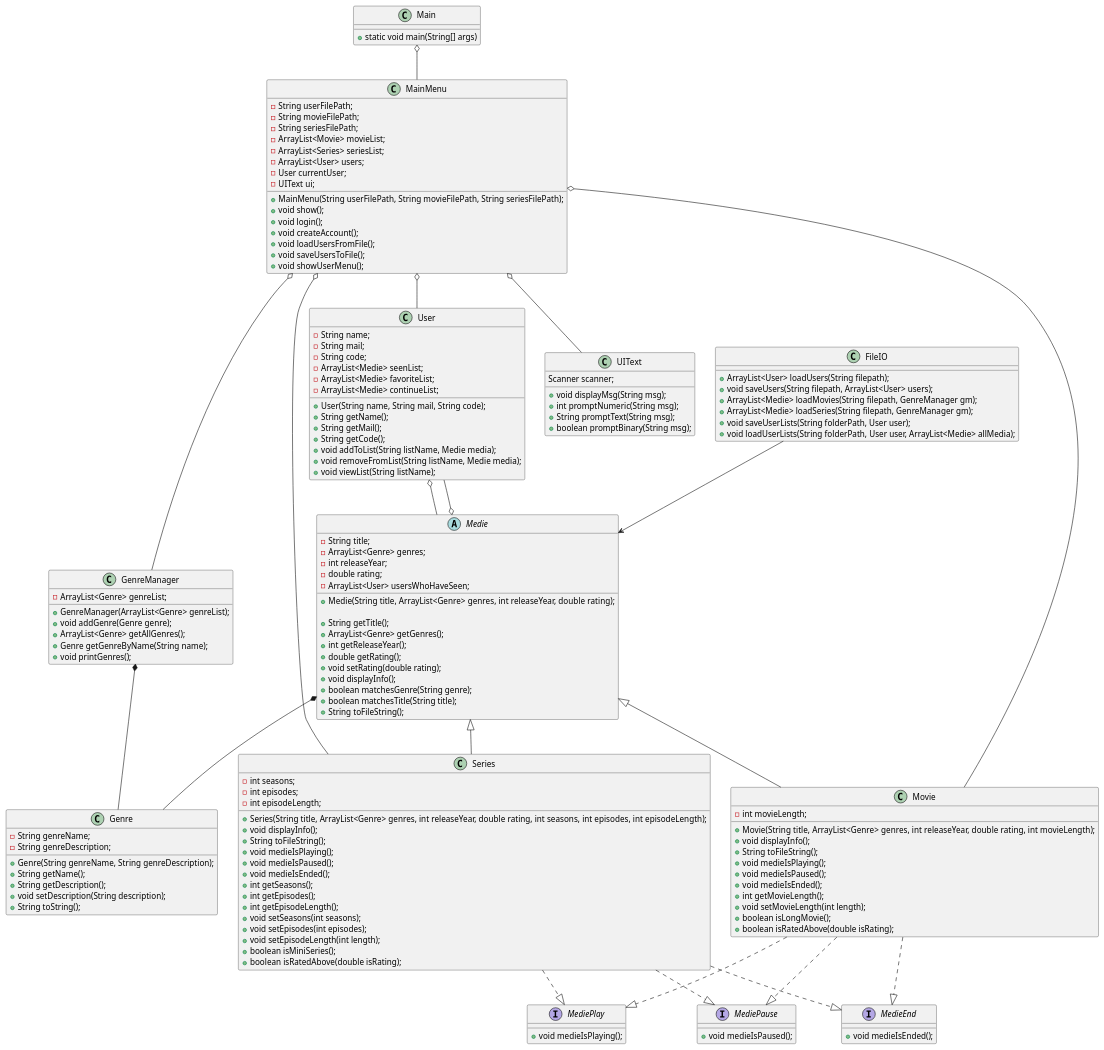
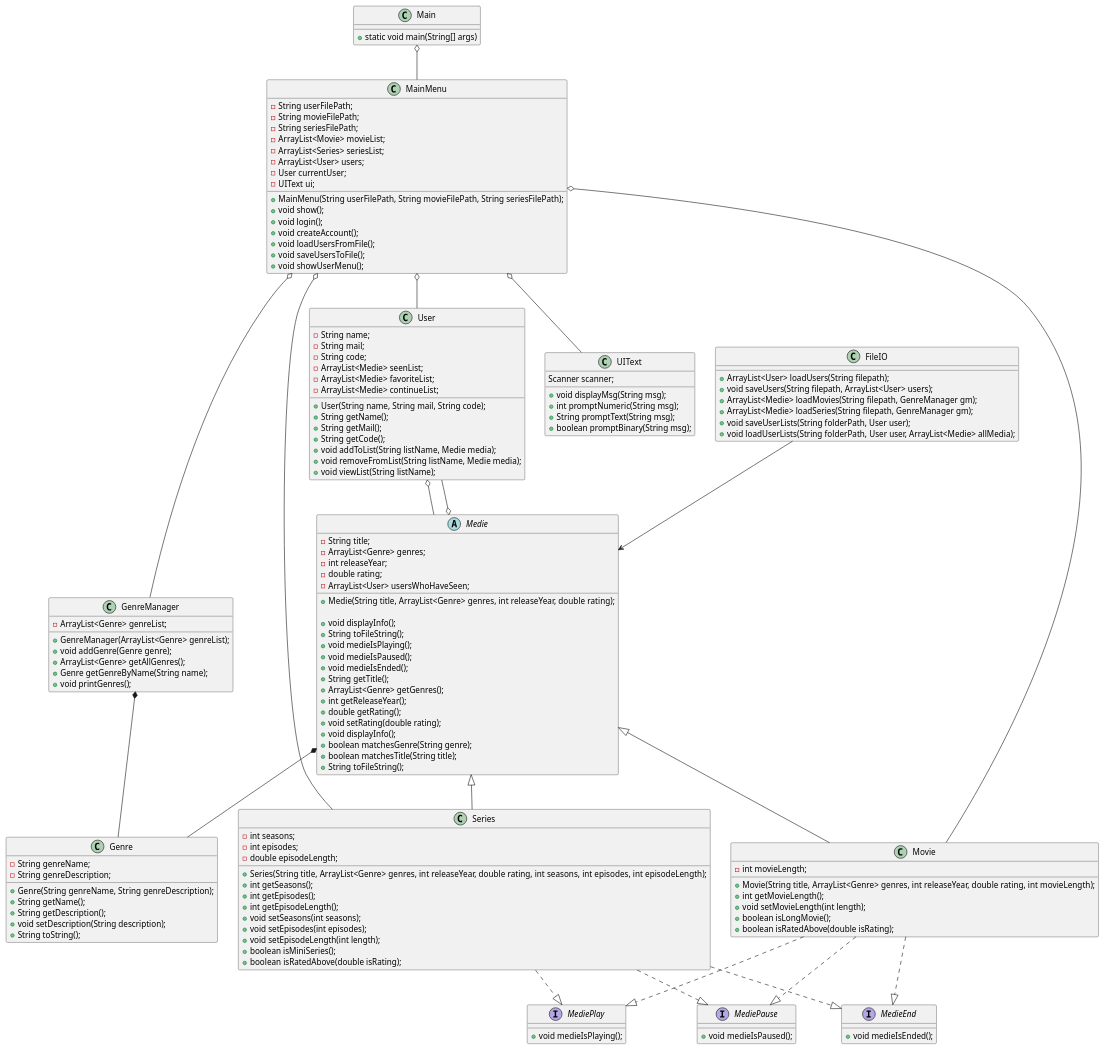
One commit to KhattabE/SP3 changed the diagram in doc/classdiagram_v1.puml. Above: the diagram before and after it, drawn with PlantUML. The commit also changed 2 other files, not shown here.

Commit message:
Created the series class, updated the uml diagram and changed a few things in media class

```diff
--- a/doc/classdiagram_v1.puml
+++ b/doc/classdiagram_v1.puml
@@ -1,177 +1,172 @@
 @startuml
 'https://plantuml.com/class-diagram
 
 class Main{
     +static void main(String[] args)
 }
 
 
 
 class MainMenu {
     -String userFilePath;
     -String movieFilePath;
     -String seriesFilePath;
     + MainMenu(String userFilePath, String movieFilePath, String seriesFilePath);
     -ArrayList<Movie> movieList;
     -ArrayList<Series> seriesList;
     -ArrayList<User> users;
     -User currentUser;
     -UIText ui;
 
     +void show();
     +void login();
     +void createAccount();
     +void loadUsersFromFile();
     +void saveUsersToFile();
     +void showUserMenu();
 }
 
 class UIText {
         Scanner scanner;
         +void displayMsg(String msg);
         +int promptNumeric(String msg);
         +String promptText(String msg);
         +boolean promptBinary(String msg);
 }
 
 class FileIO {
     +ArrayList<User> loadUsers(String filepath);
     +void saveUsers(String filepath, ArrayList<User> users);
     +ArrayList<Medie> loadMovies(String filepath, GenreManager gm);
     +ArrayList<Medie> loadSeries(String filepath, GenreManager gm);
     +void saveUserLists(String folderPath, User user);
     +void loadUserLists(String folderPath, User user, ArrayList<Medie> allMedia);
 }
 
 interface MediePlay {
     +void medieIsPlaying();
 }
 
 interface MediePause {
     +void medieIsPaused();
 }
 
 interface MedieEnd {
     +void medieIsEnded();
 }
 
 abstract class Medie {
     -String title;
     -ArrayList<Genre> genres;
     -int releaseYear;
     -double rating;
     -ArrayList<User> usersWhoHaveSeen;
 
     +Medie(String title, ArrayList<Genre> genres, int releaseYear, double rating);
 
+    +void displayInfo();
+    +String toFileString();
+    +void medieIsPlaying();
+    +void medieIsPaused();
+    +void medieIsEnded();
     +String getTitle();
     +ArrayList<Genre> getGenres();
     +int getReleaseYear();
     +double getRating();
     +void setRating(double rating);
     +void displayInfo();
     +boolean matchesGenre(String genre);
     +boolean matchesTitle(String title);
     +String toFileString();
 }
 class Movie {
     -int movieLength;
 
     +Movie(String title, ArrayList<Genre> genres, int releaseYear, double rating, int movieLength);
-    +void displayInfo();
-    +String toFileString();
-    +void medieIsPlaying();
-    +void medieIsPaused();
-    +void medieIsEnded();
     +int getMovieLength();
     +void setMovieLength(int length);
     +boolean isLongMovie();
     +boolean isRatedAbove(double isRating);
 }
 
 class Series {
     -int seasons;
     -int episodes;
-    -int episodeLength;
+    -double episodeLength;
     +Series(String title, ArrayList<Genre> genres, int releaseYear, double rating, int seasons, int episodes, int episodeLength);
-    +void displayInfo();
-    +String toFileString();
-    +void medieIsPlaying();
-    +void medieIsPaused();
-    +void medieIsEnded();
     +int getSeasons();
     +int getEpisodes();
     +int getEpisodeLength();
     +void setSeasons(int seasons);
     +void setEpisodes(int episodes);
     +void setEpisodeLength(int length);
     +boolean isMiniSeries();
     +boolean isRatedAbove(double isRating);
 }
 
 class User {
     -String name;
     -String mail;
     -String code;
     -ArrayList<Medie> seenList;
     -ArrayList<Medie> favoriteList;
     -ArrayList<Medie> continueList;
     +User(String name, String mail, String code);
     +String getName();
     +String getMail();
     +String getCode();
     +void addToList(String listName, Medie media);
     +void removeFromList(String listName, Medie media);
     +void viewList(String listName);
 }
 
 class Genre {
     -String genreName;
     -String genreDescription;
     +Genre(String genreName, String genreDescription);
     +String getName();
     +String getDescription();
     +void setDescription(String description);
     +String toString();
 }
 
 class GenreManager {
     -ArrayList<Genre> genreList;
     +GenreManager(ArrayList<Genre> genreList);
     +void addGenre(Genre genre);
     +ArrayList<Genre> getAllGenres();
     +Genre getGenreByName(String name);
     +void printGenres();
 }
 
 ' IS-A relationships
 Medie <|-- Movie
 Medie <|-- Series
 
 Movie ..|> MediePlay
 Movie ..|> MediePause
 Movie ..|> MedieEnd
 
 Series ..|> MediePlay
 Series ..|> MediePause
 Series ..|> MedieEnd
 
 ' HAS-A relationships
 MainMenu o-- User
 MainMenu o-- UIText
 MainMenu o-- Movie
 MainMenu o-- Series
 MainMenu o-- GenreManager
 
 User o-- Medie
 Medie *-- Genre
 Medie o-- User
 
 GenreManager *-- Genre
 
 FileIO --> Medie
 Main o-- MainMenu
 
 
 
 @enduml
```
